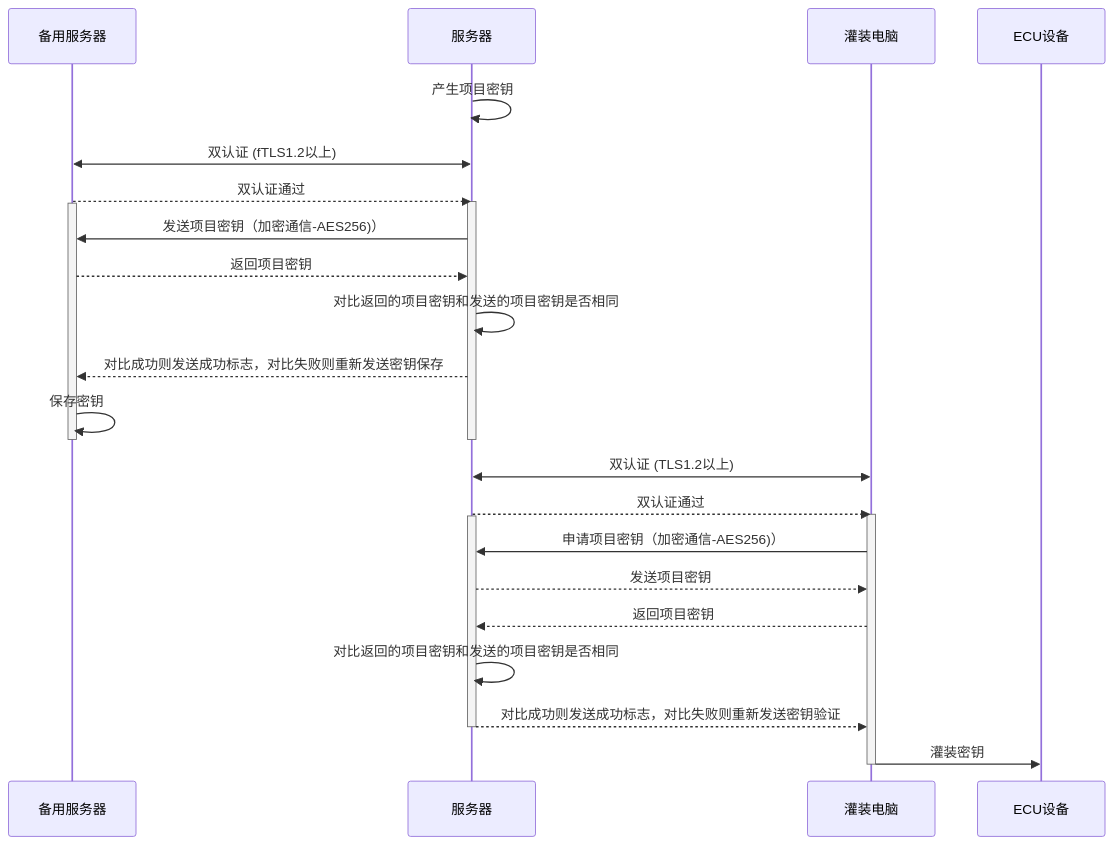
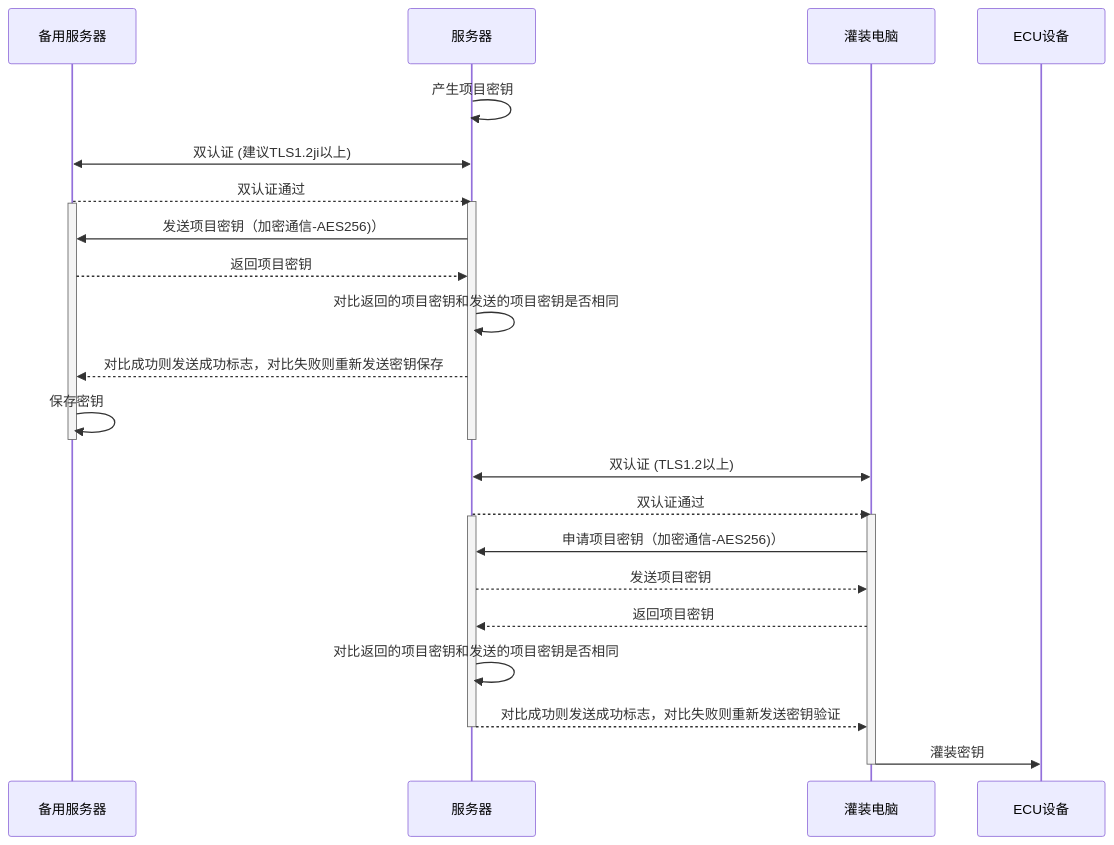
One commit to facebook-cloud/iodraw-files changed the diagram in all/未命名-10.md. Above: the diagram before and after it, drawn with Mermaid.

Commit message:
2026-01-23 13:32:07 update

````diff
--- a/all/未命名-10.md
+++ b/all/未命名-10.md
@@ -1,35 +1,35 @@
 ```mermaid
 sequenceDiagram
     participant B as 备用服务器
     participant A as 服务器
     participant C as 灌装电脑
     participant D as ECU设备
 
     A->>A: 产生项目密钥
-    A<<->>B: 双认证 (fTLS1.2以上)
+    A<<->>B: 双认证 (建议TLS1.2ji以上)
     B-->>A: 双认证通过
     activate A
     activate B
     A->>B: 发送项目密钥（加密通信-AES256)）
     B-->>A: 返回项目密钥
 
     A->>A: 对比返回的项目密钥和发送的项目密钥是否相同
     A-->>B: 对比成功则发送成功标志，对比失败则重新发送密钥保存
     B->>B: 保存密钥
     deactivate B
     deactivate A
 
     C<<->>A: 双认证 (TLS1.2以上)
     A-->>C: 双认证通过
     activate C
     activate A
     C->>A: 申请项目密钥（加密通信-AES256)）
     A-->>C: 发送项目密钥
     C-->>A: 返回项目密钥
     A->>A: 对比返回的项目密钥和发送的项目密钥是否相同
     A-->>C: 对比成功则发送成功标志，对比失败则重新发送密钥验证
     deactivate A
     C->>D: 灌装密钥
     deactivate C
 
 ```
````
